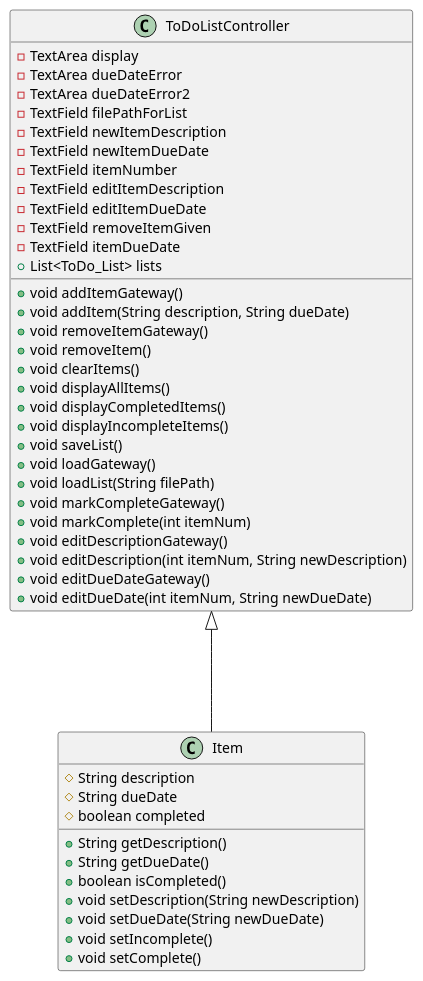
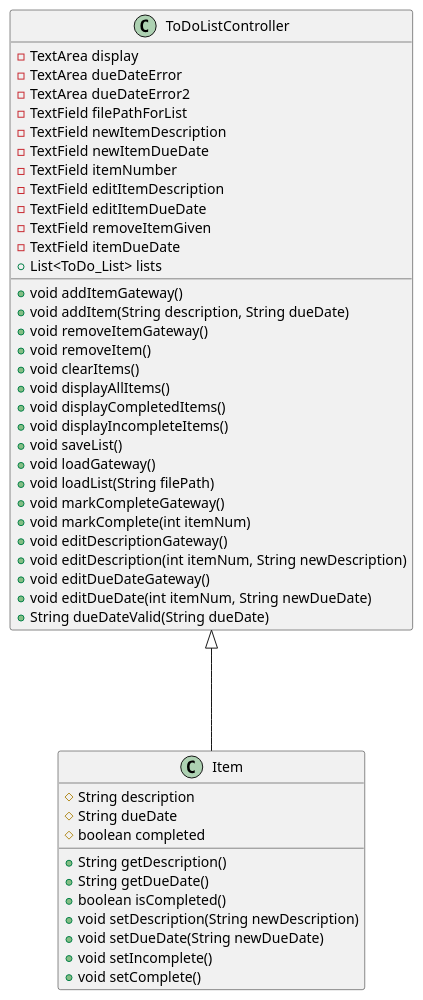
Before and after one commit to danielagd/gomez_dugan-cop3330-assignment4part2: the diagram in src/uml/ToDoListApp.puml, drawn with PlantUML. The commit also changed 4 other files, not shown here.

```diff
--- a/src/uml/ToDoListApp.puml
+++ b/src/uml/ToDoListApp.puml
@@ -1,49 +1,50 @@
 @startuml
 'https://plantuml.com/sequence-diagram
 
 class ToDoListController {
     - TextArea display
     - TextArea dueDateError
     - TextArea dueDateError2
     - TextField filePathForList
     - TextField newItemDescription
     - TextField newItemDueDate
     - TextField itemNumber
     - TextField editItemDescription
     - TextField editItemDueDate
     - TextField removeItemGiven
     - TextField itemDueDate
     + List<ToDo_List> lists
     + void addItemGateway()
     + void addItem(String description, String dueDate)
     + void removeItemGateway()
     + void removeItem()
     + void clearItems()
     + void displayAllItems()
     + void displayCompletedItems()
     + void displayIncompleteItems()
     + void saveList()
     + void loadGateway()
     + void loadList(String filePath)
     + void markCompleteGateway()
     + void markComplete(int itemNum)
     + void editDescriptionGateway()
     + void editDescription(int itemNum, String newDescription)
     + void editDueDateGateway()
     + void editDueDate(int itemNum, String newDueDate)
+    + String dueDateValid(String dueDate)
 }
 class Item {
     # String description
     # String dueDate
     # boolean completed
     + String getDescription()
     + String getDueDate()
     + boolean isCompleted()
     + void setDescription(String newDescription)
     + void setDueDate(String newDueDate)
     + void setIncomplete()
     + void setComplete()
 }
 
 ToDoListController <|---Item
 @enduml
```
